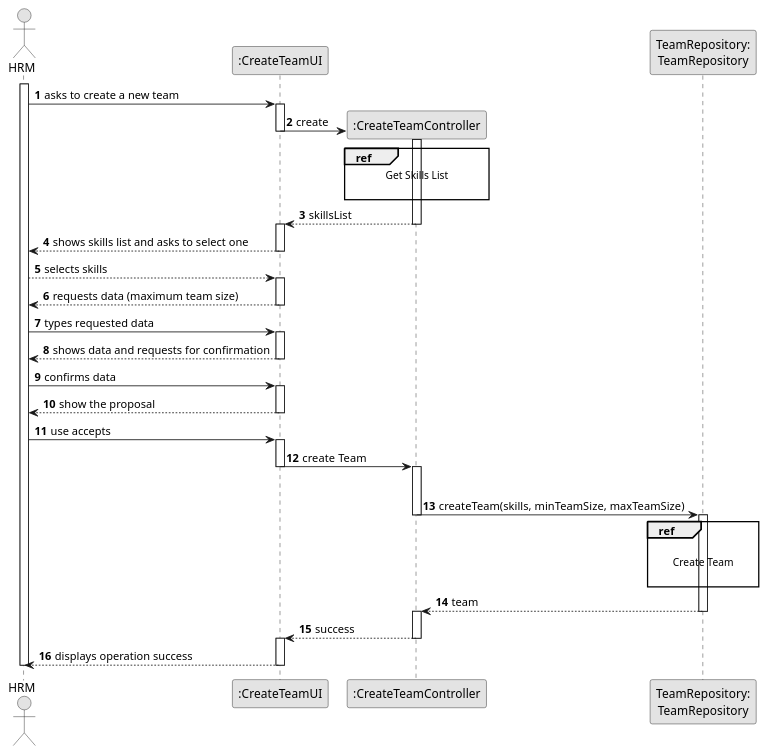
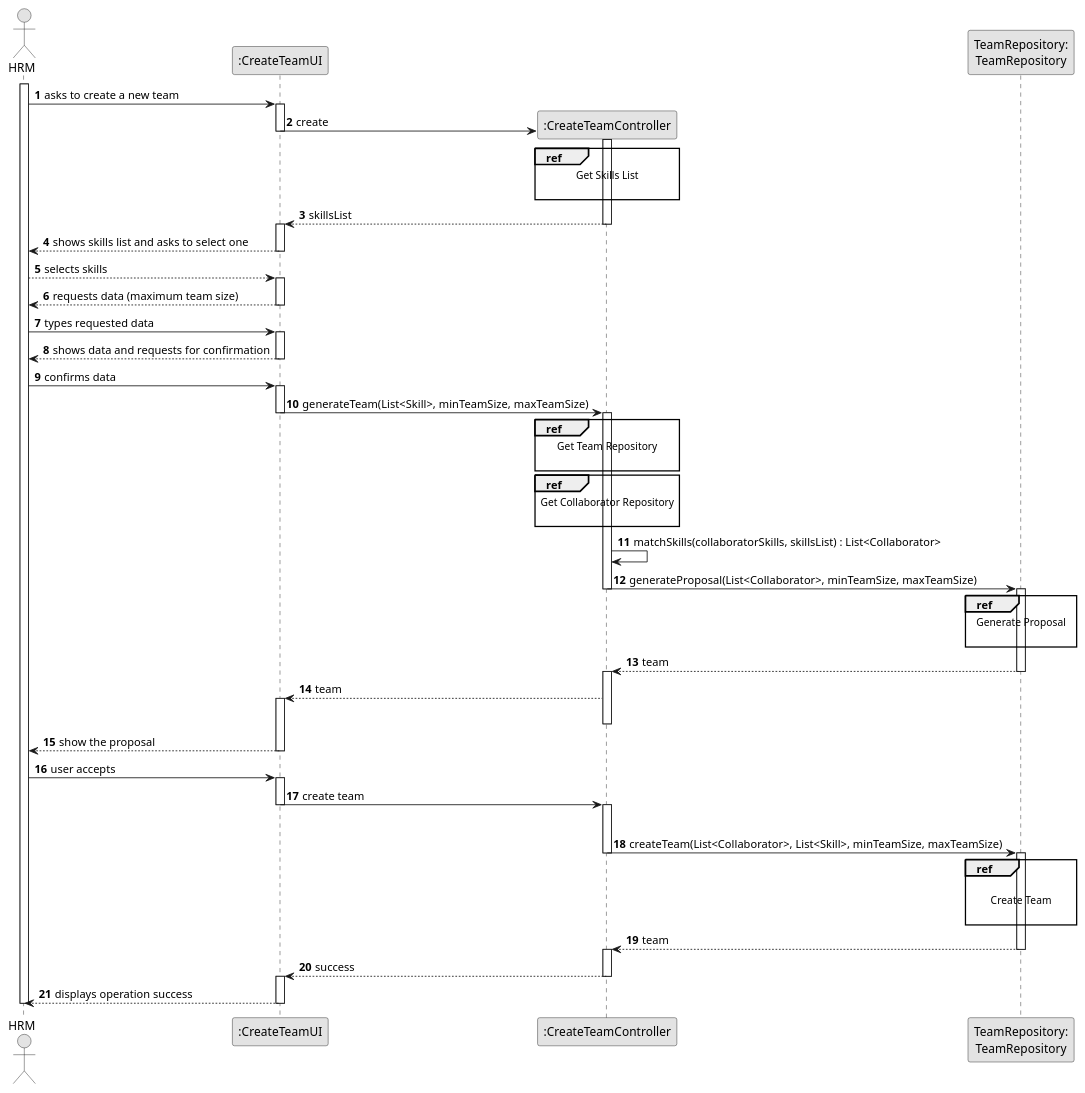
Before and after one commit to ricardomm7/leaflink: the diagram in docs/sprintB/us005/03.design/puml/us005-sequence-diagram-split.puml, drawn with PlantUML. The commit also changed 25 other files, not shown here.

```diff
--- a/docs/sprintB/us005/03.design/puml/us005-sequence-diagram-split.puml
+++ b/docs/sprintB/us005/03.design/puml/us005-sequence-diagram-split.puml
@@ -1,83 +1,111 @@
 @startuml
 skinparam monochrome true
 skinparam packageStyle rectangle
 skinparam shadowing false
 
 autonumber
 
 'hide footbox
 actor "HRM" as ADM
 participant ":CreateTeamUI" as UI
 participant ":CreateTeamController" as CTRL
 participant "TeamRepository:\nTeamRepository" as TeamRepository
 
 activate ADM
 
     ADM -> UI : asks to create a new team
     activate UI
 
                 UI -> CTRL** : create
                 deactivate UI
                 activate CTRL
 
                     ref over CTRL
                                 Get Skills List
 
                             end ref
 
                     CTRL --> UI : skillsList
                 deactivate CTRL
                 activate UI
 
                 UI --> ADM : shows skills list and asks to select one
                 deactivate UI
 
         ADM --> UI : selects skills
         activate UI
 
         UI --> ADM : requests data (maximum team size)
         deactivate UI
 
     ADM -> UI : types requested data
     activate UI
 
         UI --> ADM : shows data and requests for confirmation
         deactivate UI
 
     ADM -> UI : confirms data
     activate UI
 
+UI -> CTRL : generateTeam(List<Skill>, minTeamSize, maxTeamSize)
+deactivate UI
+activate CTRL
+ref over CTRL
+                                Get Team Repository
+
+                            end ref
+                            ref over CTRL
+                                                            Get Collaborator Repository
+
+                                                        end ref
+        CTRL -> CTRL : matchSkills(collaboratorSkills, skillsList) : List<Collaborator>
+
+        CTRL -> TeamRepository : generateProposal(List<Collaborator>, minTeamSize, maxTeamSize)
+    deactivate CTRL
+    activate TeamRepository
+    ref over TeamRepository
+                                    Generate Proposal
+
+                                end ref
+                                TeamRepository --> CTRL : team
+                                                                deactivate TeamRepository
+
+                                activate CTRL
+                                CTRL --> UI : team
+                                activate UI
+
+    deactivate CTRL
     UI --> ADM: show the proposal
         deactivate UI
 
-        ADM -> UI: use accepts
+        ADM -> UI: user accepts
         activate UI
 
-        UI -> CTRL : create Team
+        UI -> CTRL : create team
         deactivate UI
         activate CTRL
 
             |||
-                CTRL -> TeamRepository: createTeam(skills, minTeamSize, maxTeamSize)
+            CTRL -> TeamRepository: createTeam(List<Collaborator>, List<Skill>, minTeamSize, maxTeamSize)
                 deactivate CTRL
                 activate TeamRepository
 
                 ref over TeamRepository
 
                             Create Team
 
                         end ref
 
             TeamRepository --> CTRL: team
             deactivate TeamRepository
             activate CTRL
 
             CTRL --> UI : success
             deactivate CTRL
             activate UI
             UI --> ADM: displays operation success
     deactivate UI
 
 deactivate ADM
 
 @enduml
```
